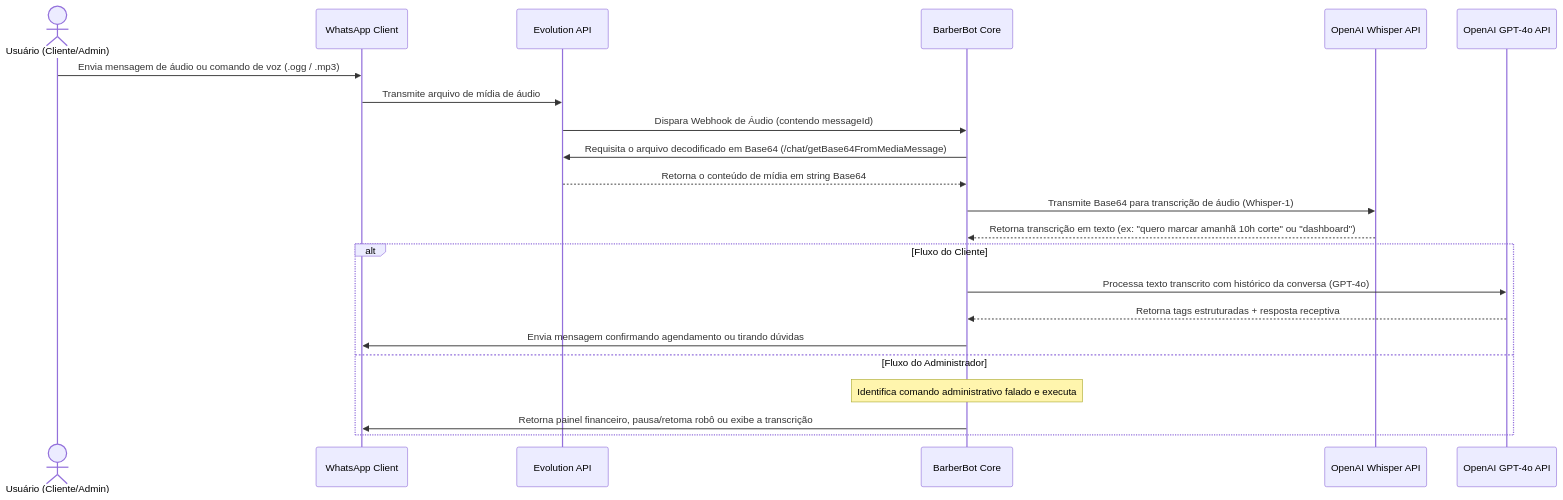
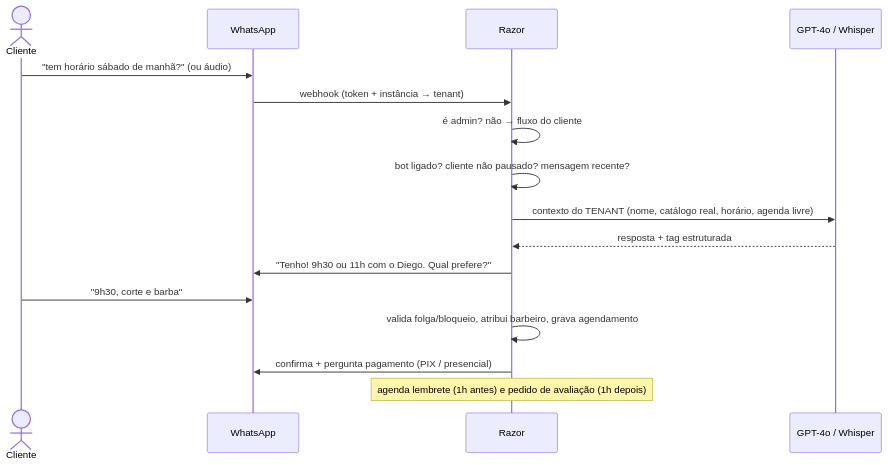
The diagram in README.md (rogelio-fraga-dev/razor), drawn with Mermaid before and after one commit. The commit also changed other lines of this file, not shown here.

First line of the commit message:
docs: README reescrito para o Razor atual

````diff
--- a/README.md
+++ b/README.md
@@ -85,26 +36,19 @@
 ```mermaid
 sequenceDiagram
-    actor Usuário (Cliente/Admin)
-    participant WA as WhatsApp Client
-    participant Evo as Evolution API
-    participant Bot as BarberBot Core
-    participant OAI as OpenAI Whisper API
-    participant GPT as OpenAI GPT-4o API
+    actor C as Cliente
+    participant WA as WhatsApp
+    participant R as Razor
+    participant IA as GPT-4o / Whisper
 
-    Usuário (Cliente/Admin)->>WA: Envia mensagem de áudio ou comando de voz (.ogg / .mp3)
-    WA->>Evo: Transmite arquivo de mídia de áudio
-    Evo->>Bot: Dispara Webhook de Áudio (contendo messageId)
-    Bot->>Evo: Requisita o arquivo decodificado em Base64 (/chat/getBase64FromMediaMessage)
-    Evo-->>Bot: Retorna o conteúdo de mídia em string Base64
-    Bot->>OAI: Transmite Base64 para transcrição de áudio (Whisper-1)
-    OAI-->>Bot: Retorna transcrição em texto (ex: "quero marcar amanhã 10h corte" ou "dashboard")
-    
-    alt Fluxo do Cliente
-        Bot->>GPT: Processa texto transcrito com histórico da conversa (GPT-4o)
-        GPT-->>Bot: Retorna tags estruturadas + resposta receptiva
-        Bot->>WA: Envia mensagem confirmando agendamento ou tirando dúvidas
-    else Fluxo do Administrador
-        Note over Bot: Identifica comando administrativo falado e executa
-        Bot->>WA: Retorna painel financeiro, pausa/retoma robô ou exibe a transcrição
-    end
+    C->>WA: "tem horário sábado de manhã?" (ou áudio)
+    WA->>R: webhook (token + instância → tenant)
+    R->>R: é admin? não → fluxo do cliente
+    R->>R: bot ligado? cliente não pausado? mensagem recente?
+    R->>IA: contexto do TENANT (nome, catálogo real, horário, agenda livre)
+    IA-->>R: resposta + tag estruturada
+    R->>WA: "Tenho! 9h30 ou 11h com o Diego. Qual prefere?"
+    C->>WA: "9h30, corte e barba"
+    R->>R: valida folga/bloqueio, atribui barbeiro, grava agendamento
+    R->>WA: confirma + pergunta pagamento (PIX / presencial)
+    Note over R: agenda lembrete (1h antes) e pedido de avaliação (1h depois)
 ```
````
